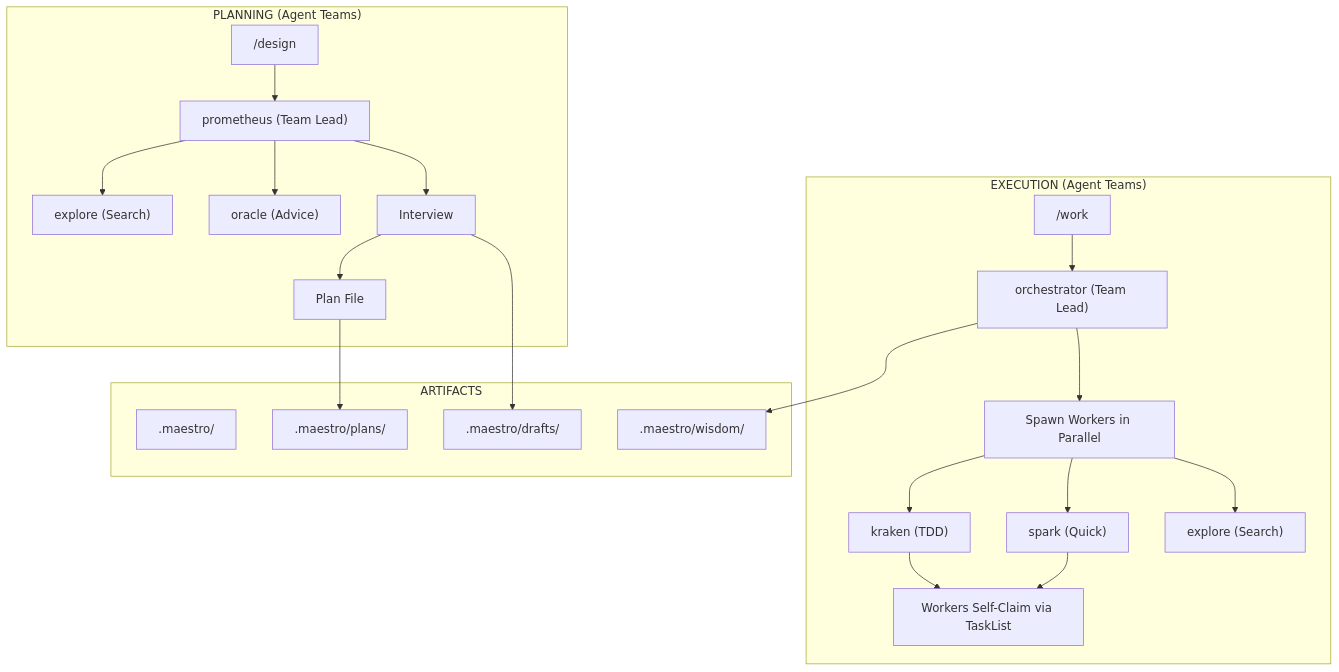
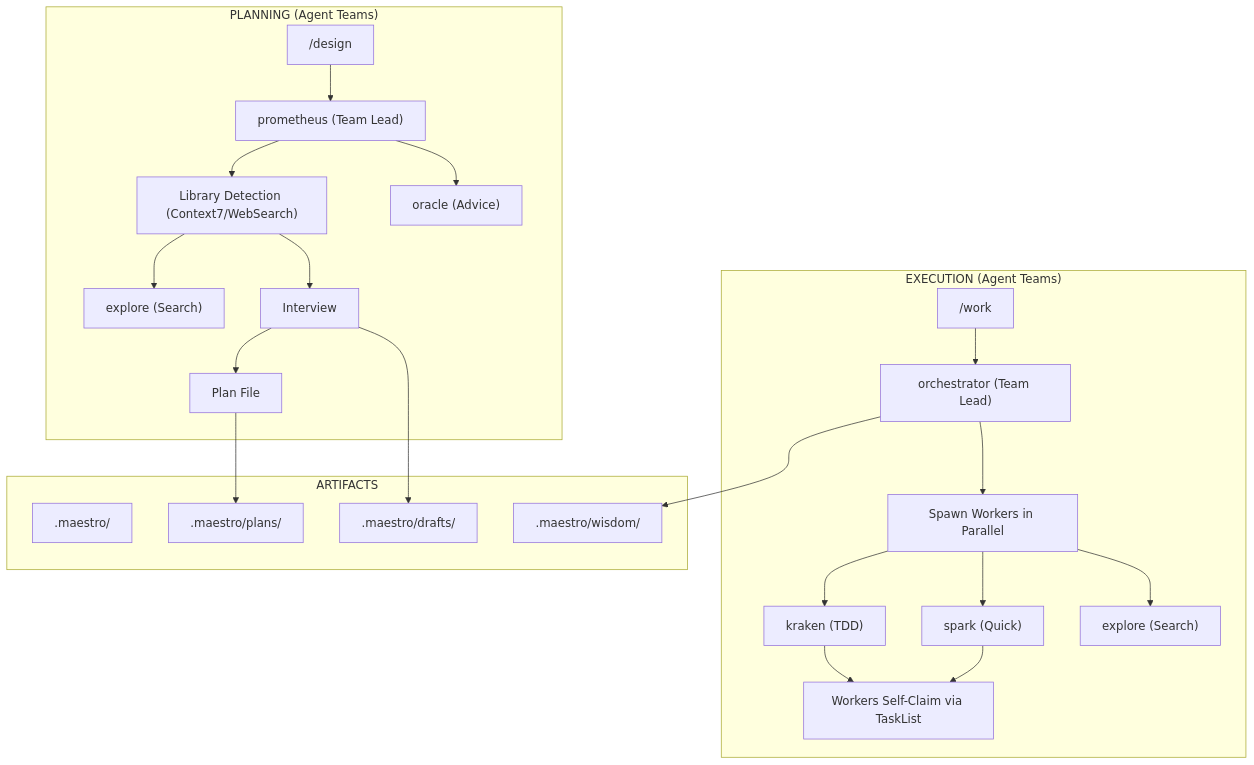
Before and after one commit to ReinaMacCredy/maestro: the diagram in docs/ARCHITECTURE.md, drawn with Mermaid. The commit also changed other lines of this file and 7 other files, not shown here.

First line of the commit message:
docs: update all documentation to reflect Context7 library detection workflow

````diff
--- a/docs/ARCHITECTURE.md
+++ b/docs/ARCHITECTURE.md
@@ -7,31 +7,32 @@
 ```mermaid
 flowchart TB
     subgraph PLANNING["PLANNING (Agent Teams)"]
         PLAN["/design"] --> PROMETHEUS["prometheus (Team Lead)"]
-        PROMETHEUS --> EXPLORE_P["explore (Search)"]
+        PROMETHEUS --> CTX7["Library Detection (Context7/WebSearch)"]
+        CTX7 --> EXPLORE_P["explore (Search)"]
         PROMETHEUS --> ORACLE_P["oracle (Advice)"]
-        PROMETHEUS --> INTERVIEW["Interview"]
+        CTX7 --> INTERVIEW["Interview"]
         INTERVIEW --> PLANFILE["Plan File"]
     end
 
     subgraph EXECUTION["EXECUTION (Agent Teams)"]
         WORK["/work"] --> LEAD["orchestrator (Team Lead)"]
         LEAD --> TEAMMATES["Spawn Workers in Parallel"]
         TEAMMATES --> KRAKEN["kraken (TDD)"]
         TEAMMATES --> SPARK["spark (Quick)"]
         TEAMMATES --> EXPLORE["explore (Search)"]
         KRAKEN --> SELFCLAIM["Workers Self-Claim via TaskList"]
         SPARK --> SELFCLAIM
     end
 
     subgraph ARTIFACTS["ARTIFACTS"]
         MAESTRO[".maestro/"]
         PLANS[".maestro/plans/"]
         DRAFTS[".maestro/drafts/"]
         WISDOM[".maestro/wisdom/"]
     end
 
     PLANFILE --> PLANS
     INTERVIEW --> DRAFTS
     LEAD --> WISDOM
 ```
````
